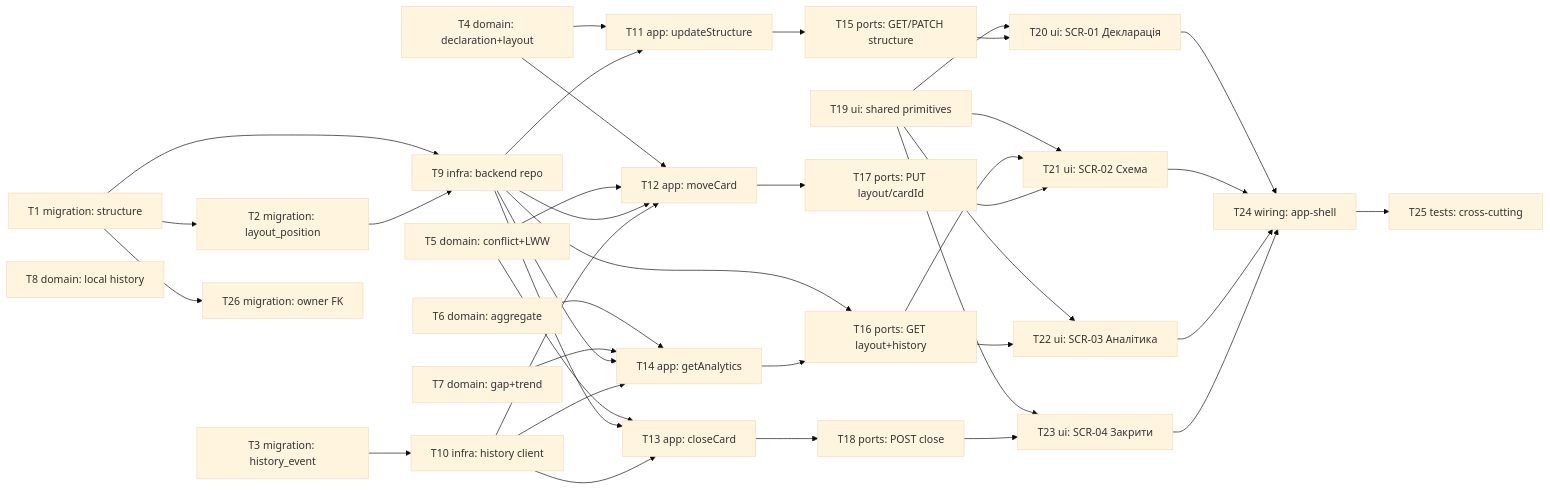
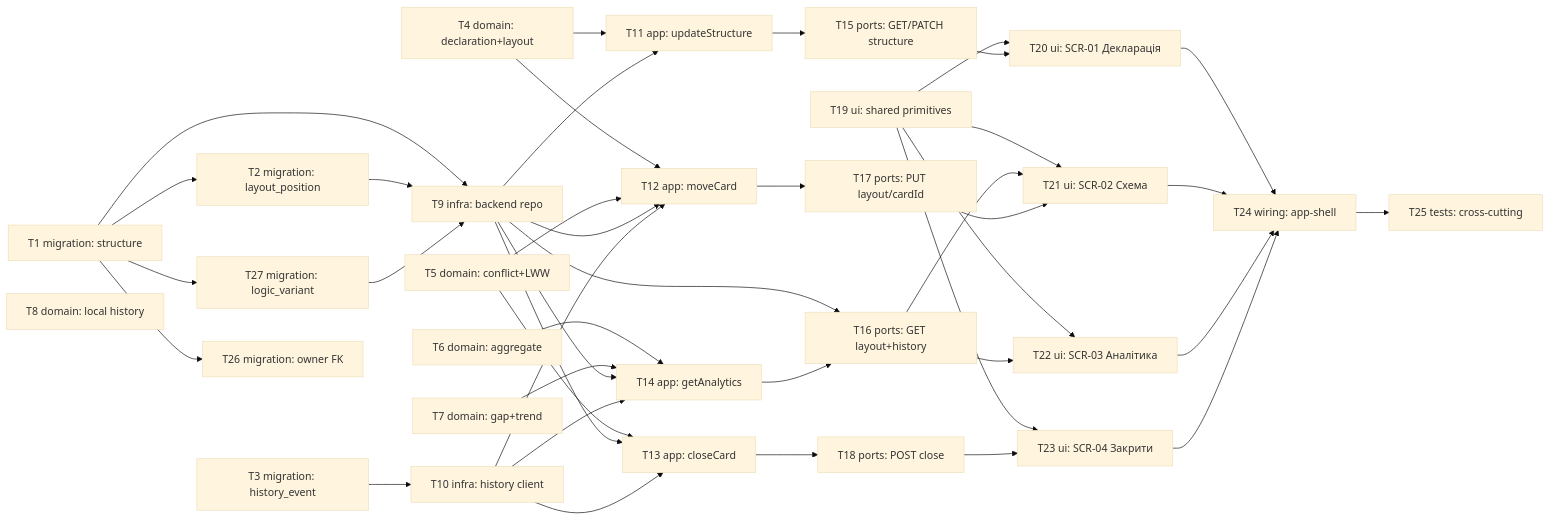
Before and after one commit to danyllukandrey-cloud/claude-workspace: the diagram in docs/features/structure/tasks/_epic.md, drawn with Mermaid (base theme). The commit also changed other lines of this file and 23 other files, not shown here.

First line of the commit message:
docs: D-92 drift-prevention mechanism, ISS-7 closed, D-94 agent prompt architecture

````diff
--- a/docs/features/structure/tasks/_epic.md
+++ b/docs/features/structure/tasks/_epic.md
@@ -16,59 +16,61 @@
 ```mermaid
 flowchart LR
     T1[T1 migration: structure] --> T2[T2 migration: layout_position]
     T3[T3 migration: history_event]
 
     T4[T4 domain: declaration+layout]
     T5[T5 domain: conflict+LWW]
     T6[T6 domain: aggregate]
     T7[T7 domain: gap+trend]
     T8[T8 domain: local history]
 
     T1 --> T9[T9 infra: backend repo]
     T2 --> T9
+    T27 --> T9
     T3 --> T10[T10 infra: history client]
 
     T4 --> T11[T11 app: updateStructure]
     T9 --> T11
 
     T4 --> T12[T12 app: moveCard]
     T5 --> T12
     T9 --> T12
     T10 --> T12
 
     T5 --> T13[T13 app: closeCard]
     T9 --> T13
     T10 --> T13
 
     T6 --> T14[T14 app: getAnalytics]
     T7 --> T14
     T9 --> T14
     T10 --> T14
 
     T11 --> T15[T15 ports: GET/PATCH structure]
     T9 --> T16[T16 ports: GET layout+history]
     T14 --> T16
     T12 --> T17[T17 ports: PUT layout/cardId]
     T13 --> T18[T18 ports: POST close]
 
     T19[T19 ui: shared primitives]
 
     T19 --> T20[T20 ui: SCR-01 Декларація]
     T15 --> T20
     T19 --> T21[T21 ui: SCR-02 Схема]
     T16 --> T21
     T17 --> T21
     T19 --> T22[T22 ui: SCR-03 Аналітика]
     T16 --> T22
     T19 --> T23[T23 ui: SCR-04 Закрити]
     T18 --> T23
 
     T20 --> T24[T24 wiring: app-shell]
     T21 --> T24
     T22 --> T24
     T23 --> T24
 
     T24 --> T25[T25 tests: cross-cutting]
 
     T1 --> T26[T26 migration: owner FK]
+    T1 --> T27[T27 migration: logic_variant]
 ```
````
